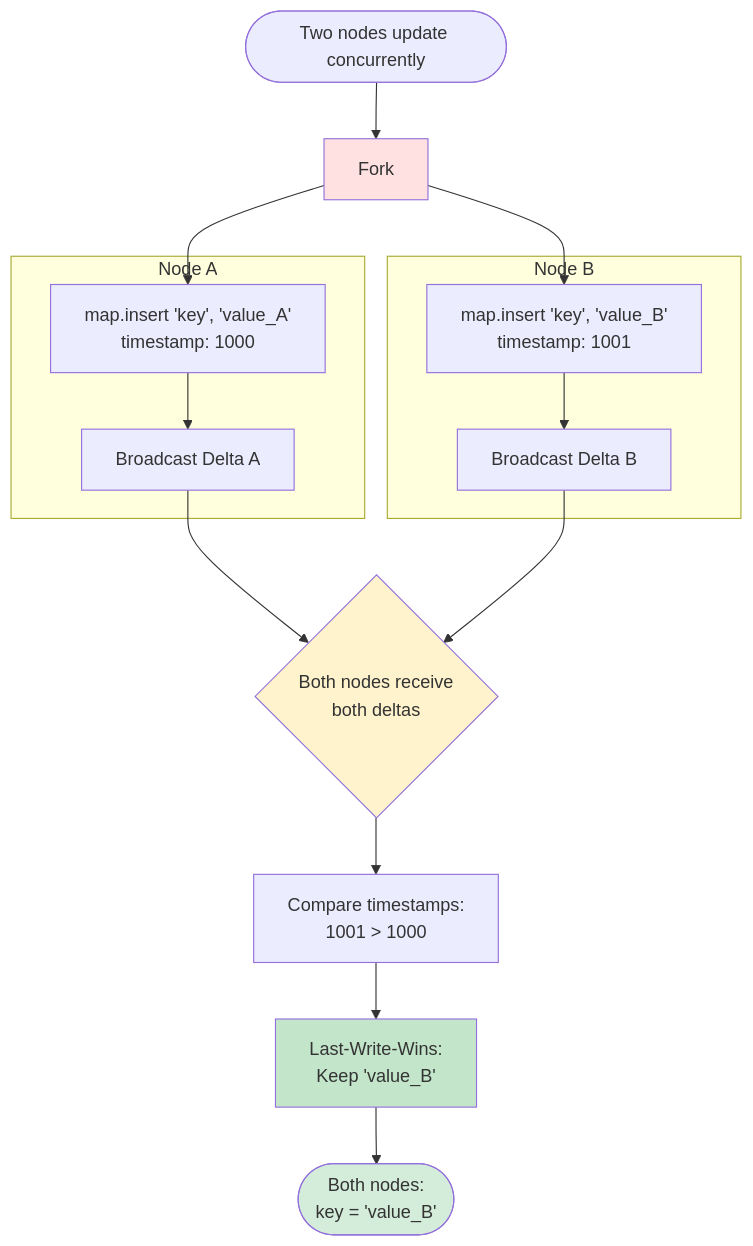
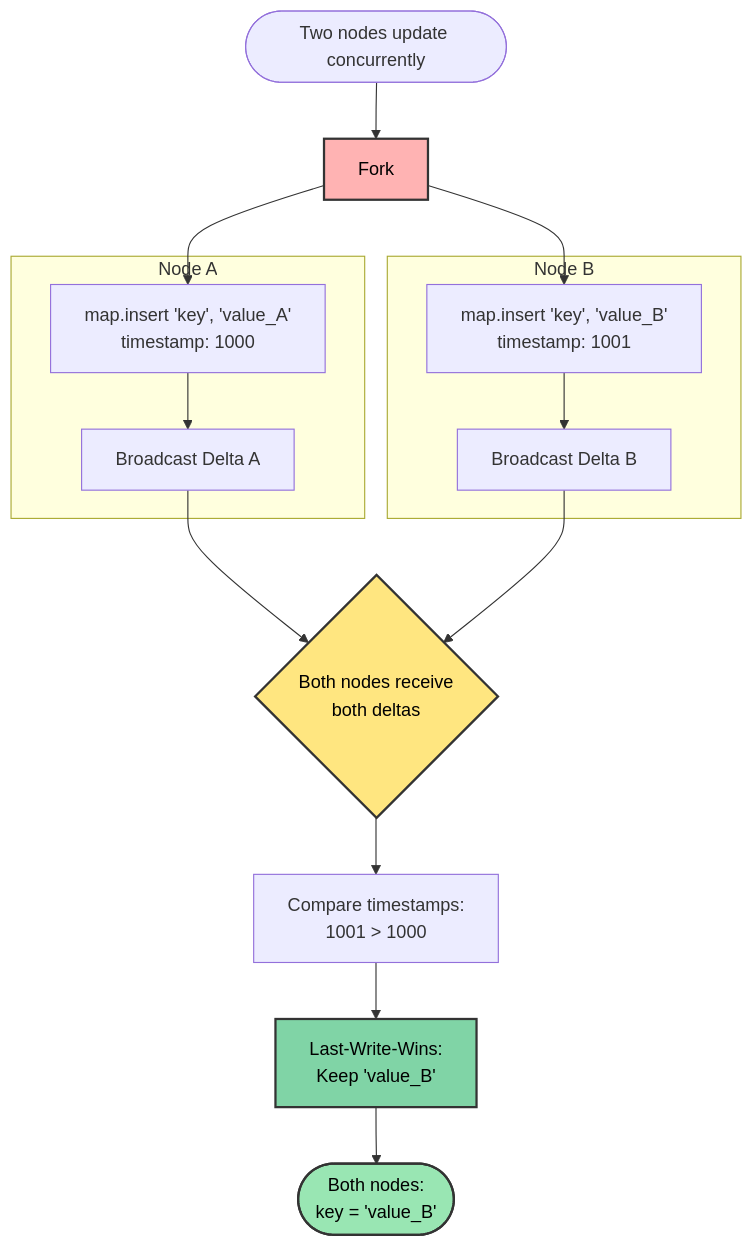
One commit to calimero-network/core changed the third of 7 diagrams in crates/sdk/README.md. Above: the diagram before and after it, drawn with Mermaid. The commit also changed other lines of this file and 4 other files, not shown here.

First line of the commit message:
fix(docs): improve mermaid diagram accessibility and fix parsing errors

````diff
--- a/crates/sdk/README.md
+++ b/crates/sdk/README.md
@@ -155,31 +155,31 @@
 ```mermaid
 flowchart TB
     Start([Two nodes update concurrently]) --> Fork
     
     subgraph "Node A"
         A1[map.insert 'key', 'value_A'<br/>timestamp: 1000]
         A1 --> A2[Broadcast Delta A]
     end
     
     subgraph "Node B"
         B1[map.insert 'key', 'value_B'<br/>timestamp: 1001]
         B1 --> B2[Broadcast Delta B]
     end
     
     Fork --> A1
     Fork --> B1
     
     A2 --> Merge{Both nodes receive<br/>both deltas}
     B2 --> Merge
     
     Merge --> Compare[Compare timestamps:<br/>1001 > 1000]
     
     Compare --> LWW[Last-Write-Wins:<br/>Keep 'value_B']
     
     LWW --> Converge([Both nodes:<br/>key = 'value_B'])
     
-    style Fork fill:#ffe1e1
-    style Merge fill:#fff3cd
-    style LWW fill:#c3e6cb
-    style Converge fill:#d4edda
+    style Fork fill:#ffb3b3,stroke:#333,stroke-width:2px,color:#000
+    style Merge fill:#ffe680,stroke:#333,stroke-width:2px,color:#000
+    style LWW fill:#80d4a6,stroke:#333,stroke-width:2px,color:#000
+    style Converge fill:#99e6b3,stroke:#333,stroke-width:2px,color:#000
 ```
````
